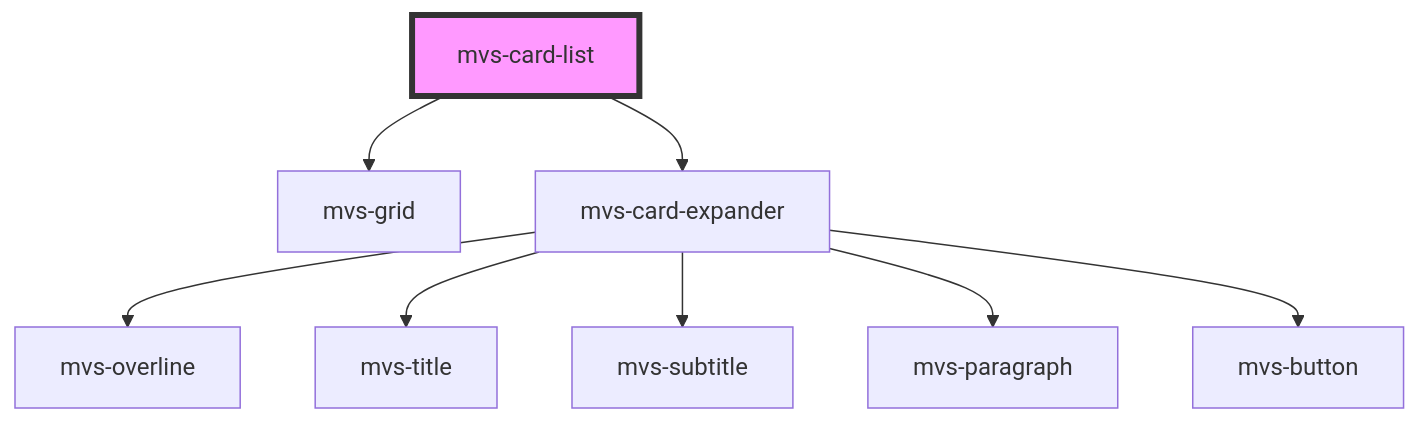
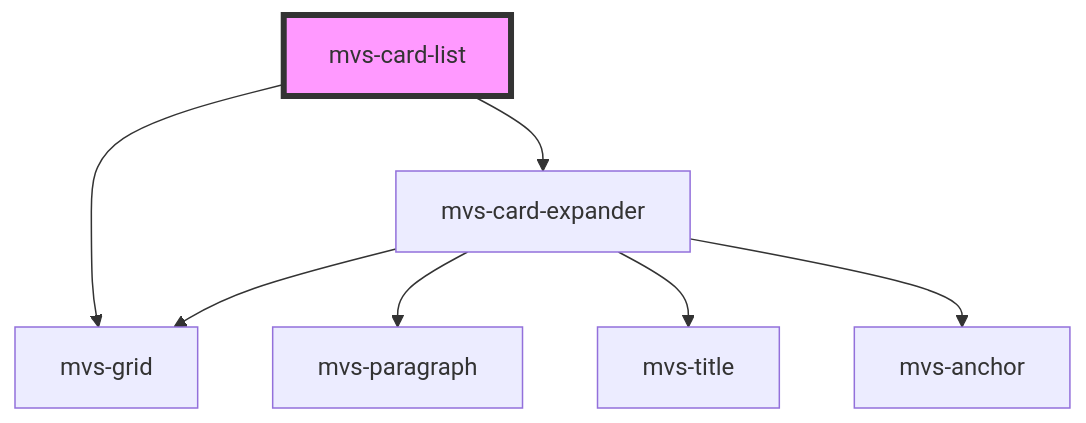
One commit to rafaela-vairo/mvs-design-system changed the diagram in src/components/sections/mvs-card-list/readme.md. Above: the diagram before and after it, drawn with Mermaid. The commit also changed other lines of this file and 11 other files, not shown here.

````diff
--- a/src/components/sections/mvs-card-list/readme.md
+++ b/src/components/sections/mvs-card-list/readme.md
@@ -23,11 +23,10 @@
 ```mermaid
 graph TD;
   mvs-card-list --> mvs-grid
   mvs-card-list --> mvs-card-expander
-  mvs-card-expander --> mvs-overline
+  mvs-card-expander --> mvs-grid
+  mvs-card-expander --> mvs-paragraph
   mvs-card-expander --> mvs-title
-  mvs-card-expander --> mvs-subtitle
-  mvs-card-expander --> mvs-paragraph
-  mvs-card-expander --> mvs-button
+  mvs-card-expander --> mvs-anchor
   style mvs-card-list fill:#f9f,stroke:#333,stroke-width:4px
 ```
````
